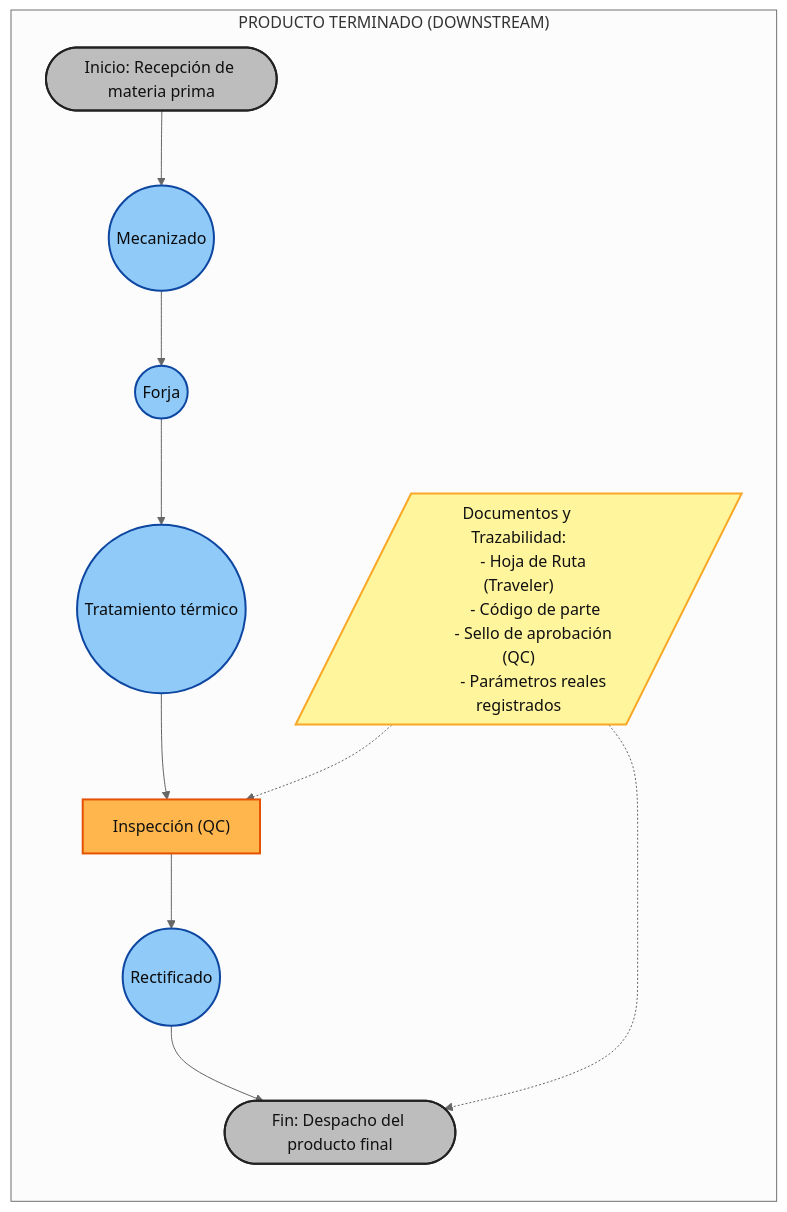
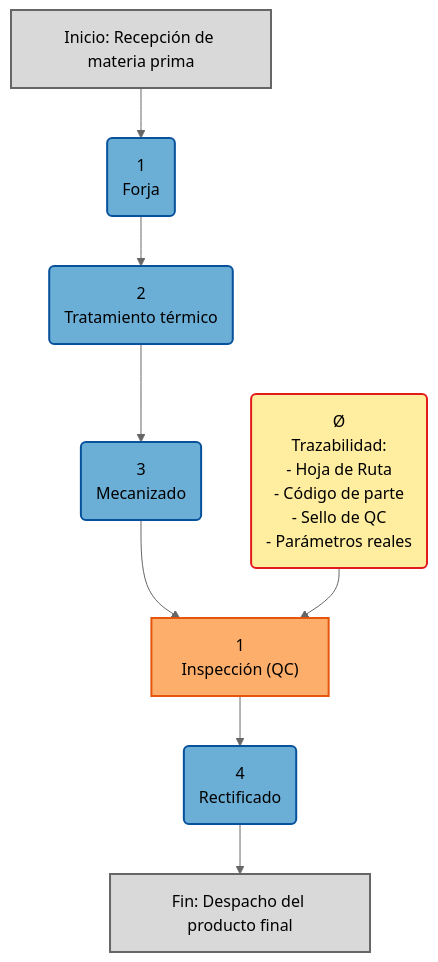
The diagram in Fundamentos de los materiales/Diagrama de procesos.mmd (formula-coder/BASICS), drawn with Mermaid (neutral theme) before and after one commit.

```diff
--- a/Fundamentos de los materiales/Diagrama de procesos.mmd
+++ b/Fundamentos de los materiales/Diagrama de procesos.mmd
@@ -1,35 +1,31 @@
-graph TD
-    %% Definición de estilos basados en normas 
-    classDef operacion_down fill:#90CAF9,stroke:#0D47A1,stroke-width:2px,color:#0A0A0A;
-    classDef inspeccion fill:#FFB74D,stroke:#E65100,stroke-width:2px,color:#111111;
-    classDef iniciofin fill:#BDBDBD,stroke:#212121,stroke-width:2px,color:#111111;
-    classDef documento fill:#FFF59D,stroke:#F9A825,stroke-width:2px,color:#111111;
+graph TB
+    %% Definición de estilos
+    classDef operacion fill:#6baed6,stroke:#08519c,stroke-width:2px,color:#000
+    classDef inspeccion fill:#fdae6b,stroke:#e6550d,stroke-width:2px,color:#000
+    classDef tramite fill:#ffeda0,stroke:#e31a1c,stroke-width:2px,color:#000
+    classDef terminal fill:#d9d9d9,stroke:#666,stroke-width:2px,color:#000
 
-    subgraph Downstream ["PRODUCTO TERMINADO (DOWNSTREAM)"]
-        direction TB
-        
-        Inicio2(["Inicio: Recepción de materia prima"]):::iniciofin
-        Op6((Mecanizado)):::operacion_down
-        Op7((Forja)):::operacion_down
-        Op8((Tratamiento térmico)):::operacion_down
-        Insp1["Inspección (QC)"]:::inspeccion
-        Op9((Rectificado)):::operacion_down
-        Fin2(["Fin: Despacho del producto final"]):::iniciofin
+    %% Nodos
+    Inicio["Inicio: Recepción de materia prima"]
+    Op1("1<br>Forja")
+    Op2("2<br>Tratamiento térmico")
+    Op3("3<br>Mecanizado")
+    Insp1["1<br>Inspección (QC)"]
+    Op4("4<br>Rectificado")
+    Doc("Ø<br>Trazabilidad:<br>- Hoja de Ruta<br>- Código de parte<br>- Sello de QC<br>- Parámetros reales")
+    Fin["Fin: Despacho del producto final"]
 
-        Doc2[/"Documentos y Trazabilidad:
-        - Hoja de Ruta (Traveler)
-        - Código de parte
-        - Sello de aprobación (QC)
-        - Parámetros reales registrados"/]:::documento
+    %% Aplicar estilos
+    class Inicio,Fin terminal
+    class Op1,Op2,Op3,Op4 operacion
+    class Insp1 inspeccion
+    class Doc tramite
 
-        Inicio2 --> Op6
-        Op6 --> Op7
-        Op7 --> Op8
-        Op8 --> Insp1
-        Insp1 --> Op9
-        Op9 --> Fin2
-
-        %% Conexión de los elementos de trazabilidad
-        Doc2 -.-> Insp1
-        Doc2 -.-> Fin2
-    end
+    %% Conexiones
+    Inicio --> Op1
+    Op1 --> Op2
+    Op2 --> Op3
+    Op3 --> Insp1
+    Insp1 --> Op4
+    Op4 --> Fin
+    Doc --> Insp1
```
